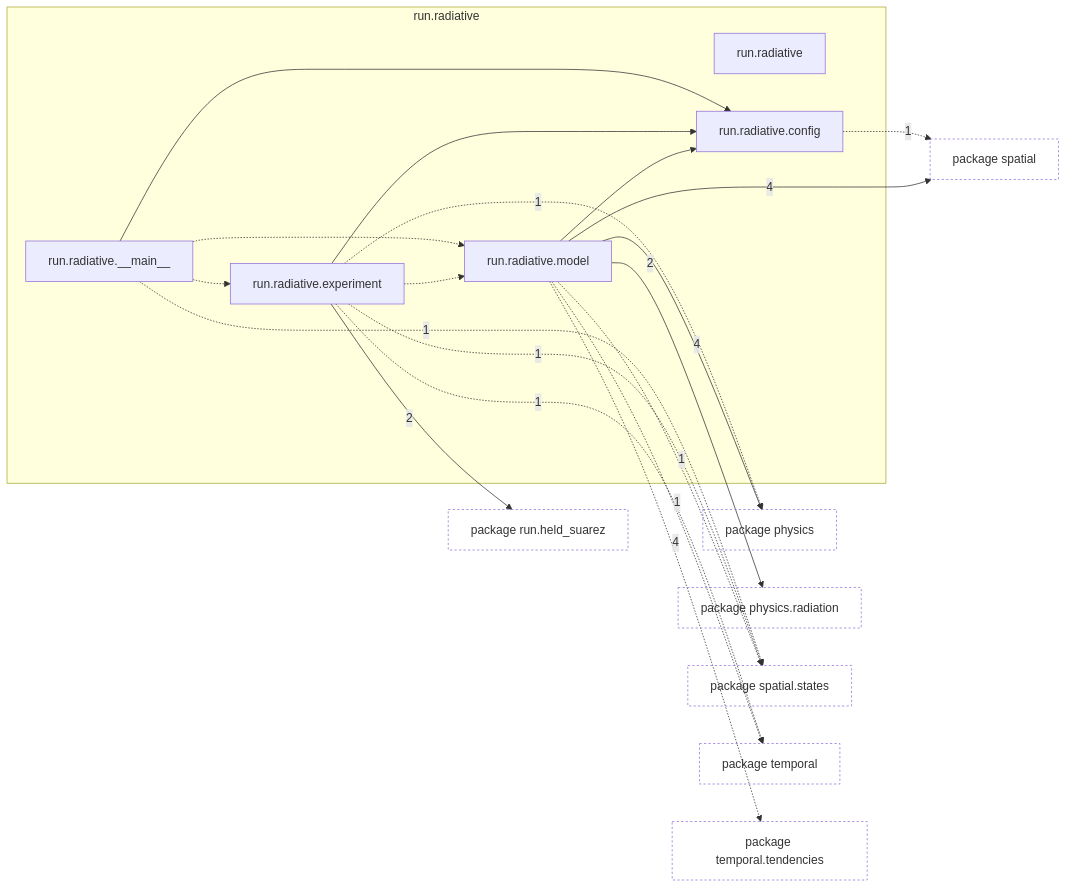
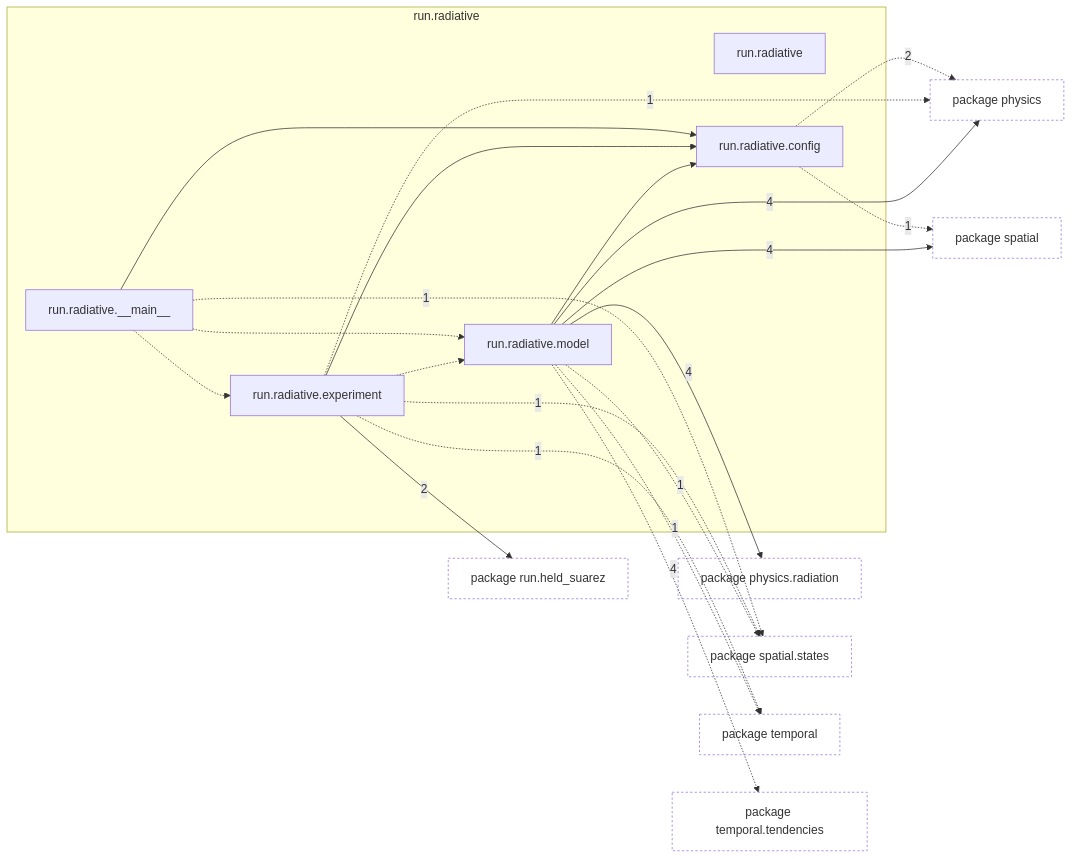
Before and after one commit to AlexandreEros/Palintropos: the first of 2 diagrams in docs/architecture/current/packages/tropoi.run.radiative.md, drawn with Mermaid. The commit also changed other lines of this file and 16 other files, not shown here.

Commit message:
docs(architecture): refresh the snapshot for the k-table configuration

````diff
--- a/docs/architecture/current/packages/tropoi.run.radiative.md
+++ b/docs/architecture/current/packages/tropoi.run.radiative.md
@@ -23,45 +23,46 @@
 ```mermaid
 %% Generated by tools.architecture 2.3.0. Do not edit by hand.
 %% Modules of tropoi.run.radiative with imports in and out
 flowchart LR
     subgraph g_tropoi_orun_oradiative["run.radiative"]
         n_tropoi_orun_oradiative["run.radiative"]
         n_tropoi_orun_oradiative_o____main____["run.radiative.#95;#95;main#95;#95;"]
         n_tropoi_orun_oradiative_oconfig["run.radiative.config"]
         n_tropoi_orun_oradiative_oexperiment["run.radiative.experiment"]
         n_tropoi_orun_oradiative_omodel["run.radiative.model"]
     end
     p_tropoi_ophysics["package physics"]
     p_tropoi_ophysics_oradiation["package physics.radiation"]
     p_tropoi_orun_oheld__suarez["package run.held#95;suarez"]
     p_tropoi_ospatial["package spatial"]
     p_tropoi_ospatial_ostates["package spatial.states"]
     p_tropoi_otemporal["package temporal"]
     p_tropoi_otemporal_otendencies["package temporal.tendencies"]
     n_tropoi_orun_oradiative_o____main____ --> n_tropoi_orun_oradiative_oconfig
     n_tropoi_orun_oradiative_o____main____ -.-> n_tropoi_orun_oradiative_oexperiment
     n_tropoi_orun_oradiative_o____main____ -.-> n_tropoi_orun_oradiative_omodel
     n_tropoi_orun_oradiative_oexperiment --> n_tropoi_orun_oradiative_oconfig
     n_tropoi_orun_oradiative_oexperiment -.-> n_tropoi_orun_oradiative_omodel
     n_tropoi_orun_oradiative_omodel --> n_tropoi_orun_oradiative_oconfig
     n_tropoi_orun_oradiative_o____main____ -.->|1| p_tropoi_ospatial_ostates
+    n_tropoi_orun_oradiative_oconfig -.->|2| p_tropoi_ophysics
     n_tropoi_orun_oradiative_oconfig -.->|1| p_tropoi_ospatial
     n_tropoi_orun_oradiative_oexperiment -.->|1| p_tropoi_ophysics
     n_tropoi_orun_oradiative_oexperiment -->|2| p_tropoi_orun_oheld__suarez
     n_tropoi_orun_oradiative_oexperiment -.->|1| p_tropoi_ospatial_ostates
     n_tropoi_orun_oradiative_oexperiment -.->|1| p_tropoi_otemporal
     n_tropoi_orun_oradiative_omodel -->|4| p_tropoi_ophysics
-    n_tropoi_orun_oradiative_omodel -->|2| p_tropoi_ophysics_oradiation
+    n_tropoi_orun_oradiative_omodel -->|4| p_tropoi_ophysics_oradiation
     n_tropoi_orun_oradiative_omodel -->|4| p_tropoi_ospatial
     n_tropoi_orun_oradiative_omodel -.->|1| p_tropoi_ospatial_ostates
     n_tropoi_orun_oradiative_omodel -.->|1| p_tropoi_otemporal
     n_tropoi_orun_oradiative_omodel -.->|4| p_tropoi_otemporal_otendencies
     classDef other fill:none,stroke-dasharray:3 3
     class p_tropoi_ophysics other
     class p_tropoi_ophysics_oradiation other
     class p_tropoi_orun_oheld__suarez other
     class p_tropoi_ospatial other
     class p_tropoi_ospatial_ostates other
     class p_tropoi_otemporal other
     class p_tropoi_otemporal_otendencies other
 ```
````
